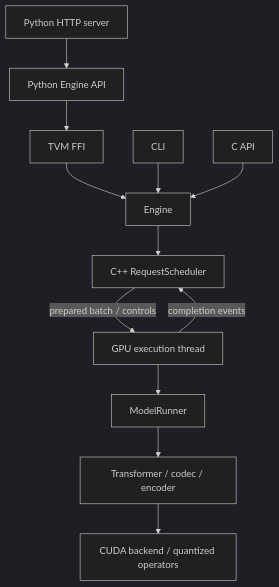
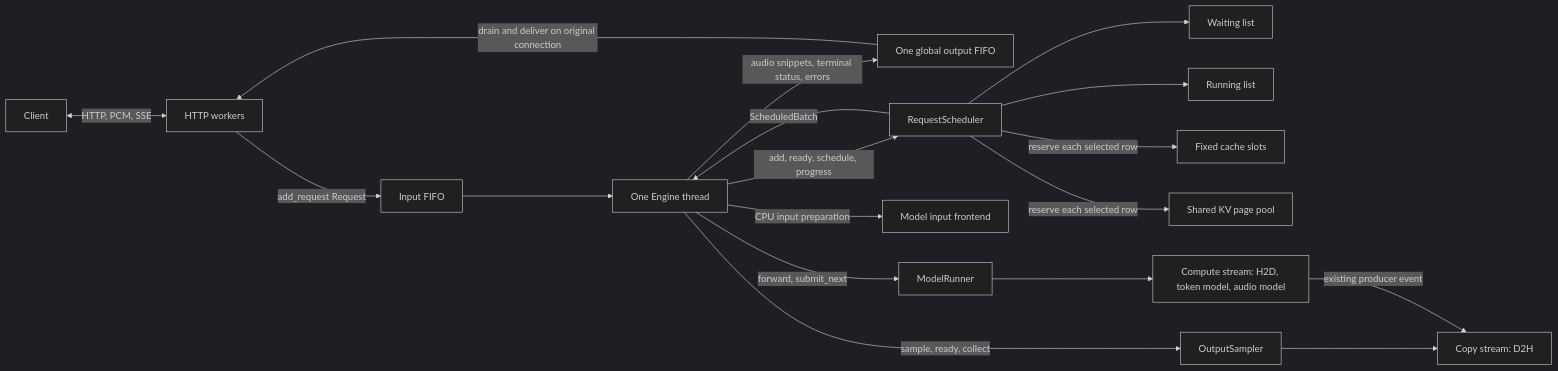
One commit to wejoncy/breeze_tts_cpp changed the first of 2 diagrams in docs/DESIGN.md. Above: the diagram before and after it, drawn with Mermaid (dark theme). The commit also changed other lines of this file and 82 other files, not shown here.

First line of the commit message:
refactor: drive scheduling and GPU execution from one Engine thread

````diff
--- a/docs/DESIGN.md
+++ b/docs/DESIGN.md
@@ -7,14 +8,20 @@
 ```mermaid
-flowchart TD
-    HTTP[Python HTTP server] --> Python[Python Engine API]
-    Python --> FFI[TVM FFI]
-    FFI --> Engine
-    CLI --> Engine
-    CAPI[C API] --> Engine
-    Engine --> Scheduler[C++ RequestScheduler]
-    Scheduler -->|prepared batch / controls| Executor[GPU execution thread]
-    Executor -->|completion events| Scheduler
-    Executor --> Runner[ModelRunner]
-    Runner --> Model[Transformer / codec / encoder]
-    Model --> Backend[CUDA backend / quantized operators]
+flowchart LR
+    Client <-->|HTTP, PCM, SSE| HTTP[HTTP workers]
+    HTTP -->|add_request Request| In[Input FIFO]
+    In --> Engine[One Engine thread]
+    Engine -->|audio snippets, terminal status, errors| Out[One global output FIFO]
+    Out -->|drain and deliver on original connection| HTTP
+    Engine -->|add, ready, schedule, progress| Scheduler[RequestScheduler]
+    Scheduler --> Waiting[Waiting list]
+    Scheduler --> Running[Running list]
+    Scheduler -->|reserve each selected row| Slots[Fixed cache slots]
+    Scheduler -->|reserve each selected row| KV[Shared KV page pool]
+    Scheduler -->|ScheduledBatch| Engine
+    Engine -->|CPU input preparation| Inputs[Model input frontend]
+    Engine -->|forward, submit_next| Runner[ModelRunner]
+    Engine -->|sample, ready, collect| Sampler[OutputSampler]
+    Runner --> Compute[Compute stream: H2D, token model, audio model]
+    Sampler --> Copy[Copy stream: D2H]
+    Compute -->|existing producer event| Copy
 ```
````
